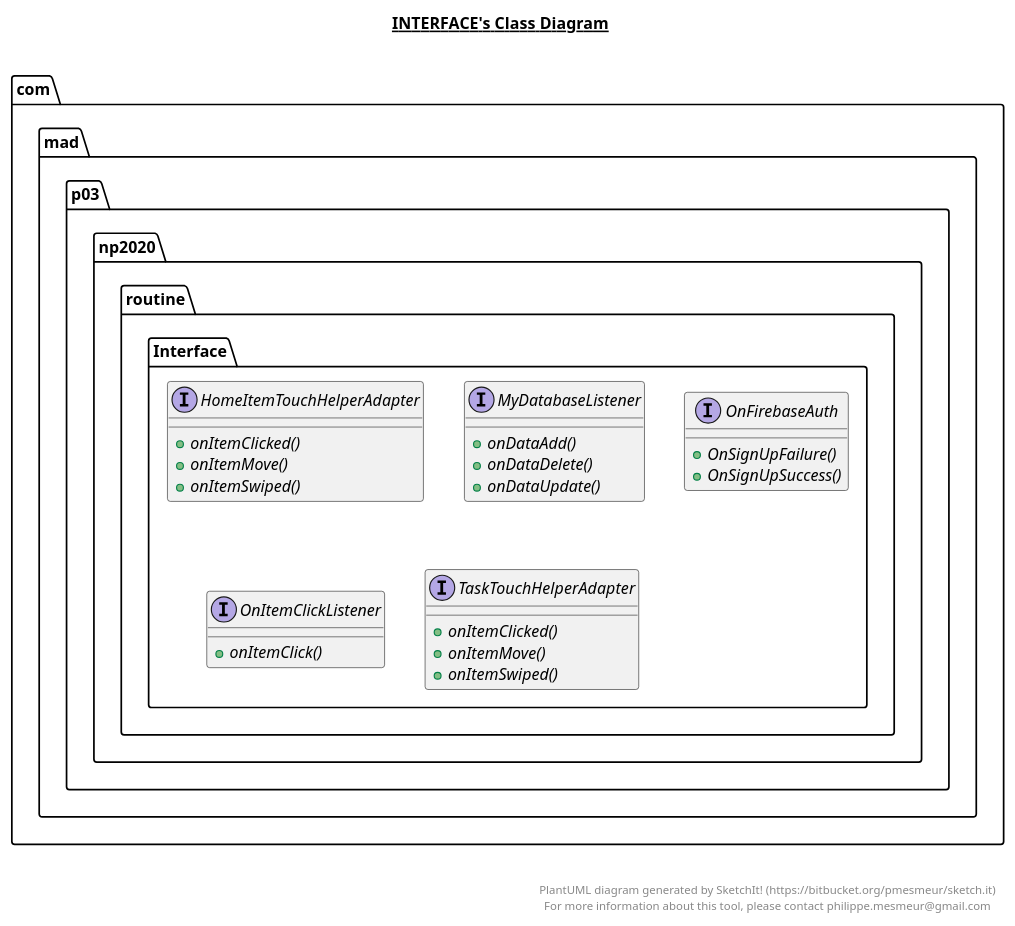
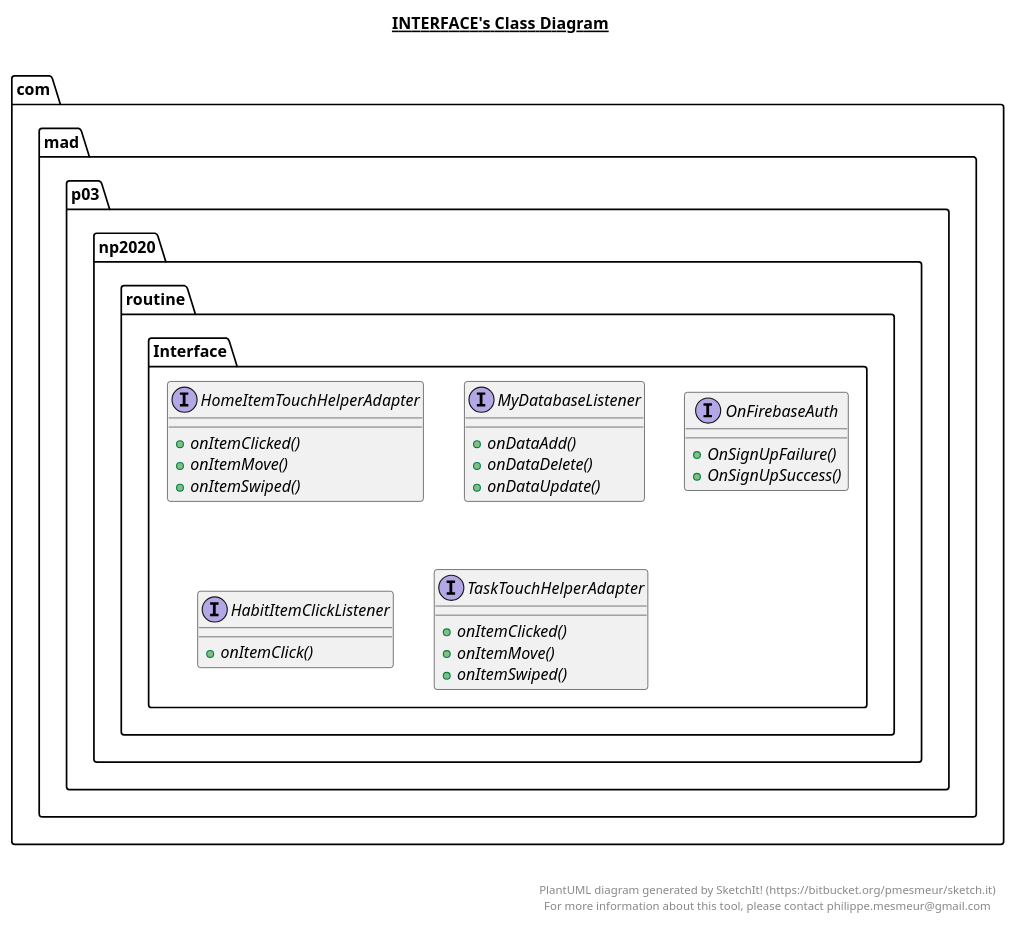
One commit to AppDevIn/Routine changed the diagram in app/src/main/java/com/mad/p03/np2020/routine/Interface/Interface.plantuml. Above: the diagram before and after it, drawn with PlantUML. The commit also changed 12 other files, not shown here.

```diff
--- a/app/src/main/java/com/mad/p03/np2020/routine/Interface/Interface.plantuml
+++ b/app/src/main/java/com/mad/p03/np2020/routine/Interface/Interface.plantuml
@@ -1,66 +1,66 @@
 @startuml
 
 title __INTERFACE's Class Diagram__\n
 
   namespace com.mad.p03.np2020.routine {
     namespace Interface {
       interface com.mad.p03.np2020.routine.Interface.HomeItemTouchHelperAdapter {
           {abstract} + onItemClicked()
           {abstract} + onItemMove()
           {abstract} + onItemSwiped()
       }
     }
   }
   
 
   namespace com.mad.p03.np2020.routine {
     namespace Interface {
       interface com.mad.p03.np2020.routine.Interface.MyDatabaseListener {
           {abstract} + onDataAdd()
           {abstract} + onDataDelete()
           {abstract} + onDataUpdate()
       }
     }
   }
   
 
   namespace com.mad.p03.np2020.routine {
     namespace Interface {
       interface com.mad.p03.np2020.routine.Interface.OnFirebaseAuth {
           {abstract} + OnSignUpFailure()
           {abstract} + OnSignUpSuccess()
       }
     }
   }
   
 
   namespace com.mad.p03.np2020.routine {
     namespace Interface {
-      interface com.mad.p03.np2020.routine.Interface.OnItemClickListener {
+      interface com.mad.p03.np2020.routine.Interface.HabitItemClickListener {
           {abstract} + onItemClick()
       }
     }
   }
   
 
   namespace com.mad.p03.np2020.routine {
     namespace Interface {
       interface com.mad.p03.np2020.routine.Interface.TaskTouchHelperAdapter {
           {abstract} + onItemClicked()
           {abstract} + onItemMove()
           {abstract} + onItemSwiped()
       }
     }
   }
   
 
 
 
 right footer
 
 
 PlantUML diagram generated by SketchIt! (https://bitbucket.org/pmesmeur/sketch.it)
 For more information about this tool, please contact philippe.mesmeur@gmail.com
 endfooter
 
 @enduml
```
